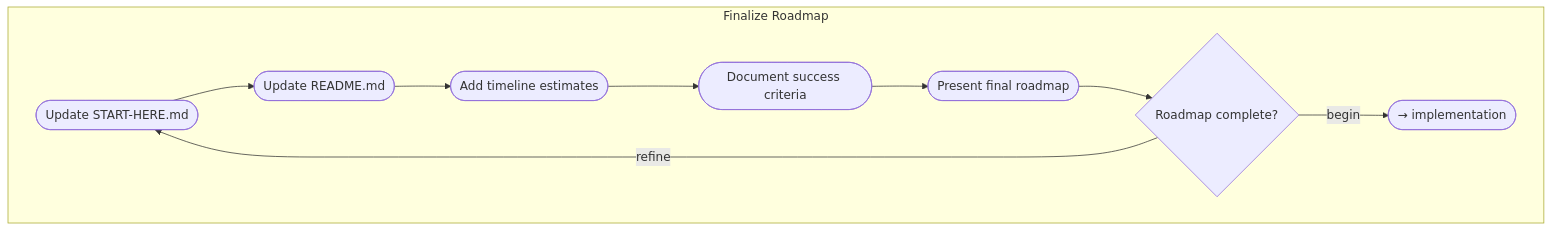
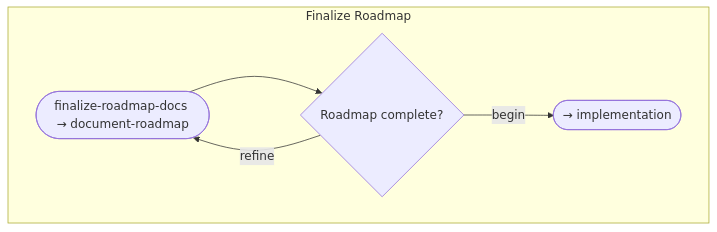
One commit to m2ux/workflow-server changed the seventh of 8 diagrams in work-packages/README.md. Above: the diagram before and after it, drawn with Mermaid. The commit also changed other lines of this file and 15 other files, not shown here.

````diff
--- a/work-packages/README.md
+++ b/work-packages/README.md
@@ -238,15 +210,11 @@
 ```mermaid
 graph TD
     subgraph finalize-roadmap[Finalize Roadmap]
-        fr1([Update START-HERE.md])
-        fr2([Update README.md])
-        fr3([Add timeline estimates])
-        fr4([Document success criteria])
-        fr5([Present final roadmap])
+        fr1([finalize-roadmap-docs → document-roadmap])
         cp1{Roadmap complete?}
         
-        fr1 --> fr2 --> fr3 --> fr4 --> fr5 --> cp1
+        fr1 --> cp1
         cp1 -->|begin| Next([→ implementation])
         cp1 -->|refine| fr1
     end
 ```
````
